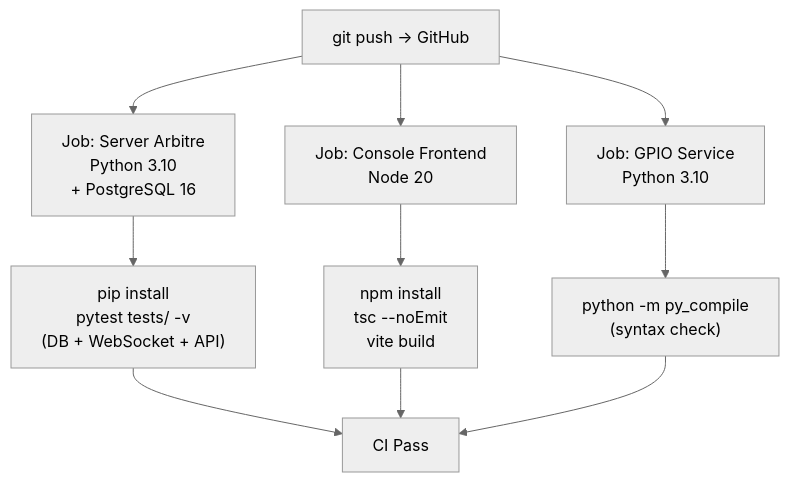
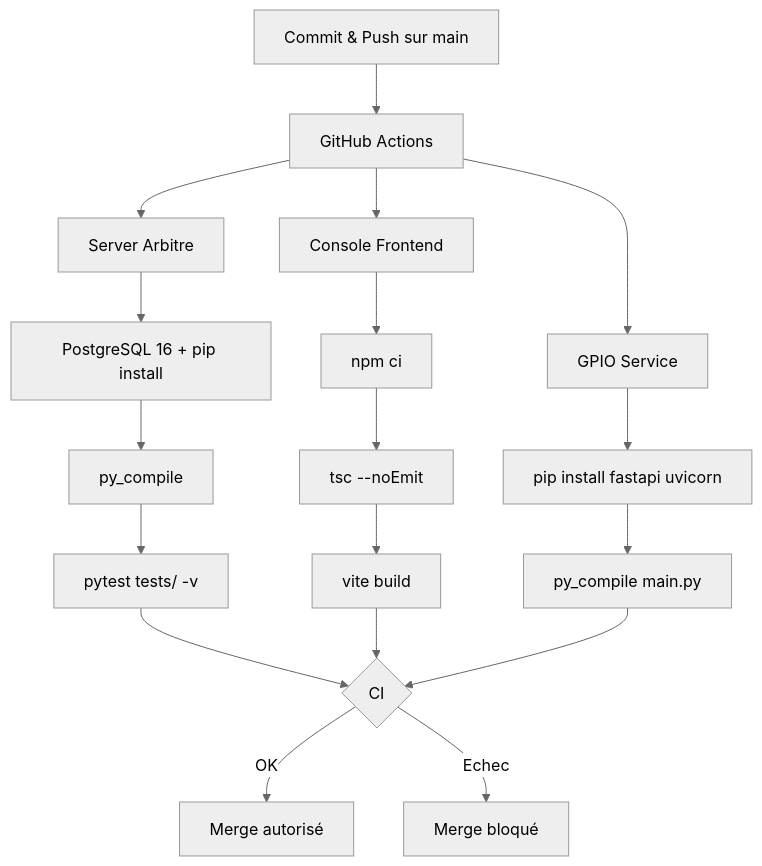
Before and after one commit to EnterNAthan/RaceTyper: diagram 16 of 17 in ARCHITECTURE.md, drawn with Mermaid (neutral theme). The commit also changed other lines of this file, not shown here.

Commit message:
fix architecture markdown

````diff
--- a/ARCHITECTURE.md
+++ b/ARCHITECTURE.md
@@ -608,16 +618,26 @@
 ```mermaid
 flowchart TD
-    PUSH["git push → GitHub"]
+    DEV["Commit & Push sur main"] --> TRIGGER["GitHub Actions"]
 
-    PUSH --> J1["Job: Server Arbitre\nPython 3.10\n+ PostgreSQL 16"]
-    PUSH --> J2["Job: Console Frontend\nNode 20"]
-    PUSH --> J3["Job: GPIO Service\nPython 3.10"]
+    TRIGGER --> J1["Server Arbitre"]
+    TRIGGER --> J2["Console Frontend"]
+    TRIGGER --> J3["GPIO Service"]
 
-    J1 --> S1["pip install\npytest tests/ -v\n(DB + WebSocket + API)"]
-    J2 --> S2["npm install\ntsc --noEmit\nvite build"]
-    J3 --> S3["python -m py_compile\n(syntax check)"]
+    J1 --> S1A["PostgreSQL 16 + pip install"]
+    S1A --> S1B["py_compile"]
+    S1B --> S1C["pytest tests/ -v"]
 
-    S1 --> OK["CI Pass"]
-    S2 --> OK
-    S3 --> OK
+    J2 --> S2A["npm ci"]
+    S2A --> S2B["tsc --noEmit"]
+    S2B --> S2C["vite build"]
+
+    J3 --> S3A["pip install fastapi uvicorn"]
+    S3A --> S3B["py_compile main.py"]
+
+    S1C --> GATE{"CI"}
+    S2C --> GATE
+    S3B --> GATE
+
+    GATE -- "OK" --> PASS["Merge autorisé"]
+    GATE -- "Echec" --> FAIL["Merge bloqué"]
 ```
````
